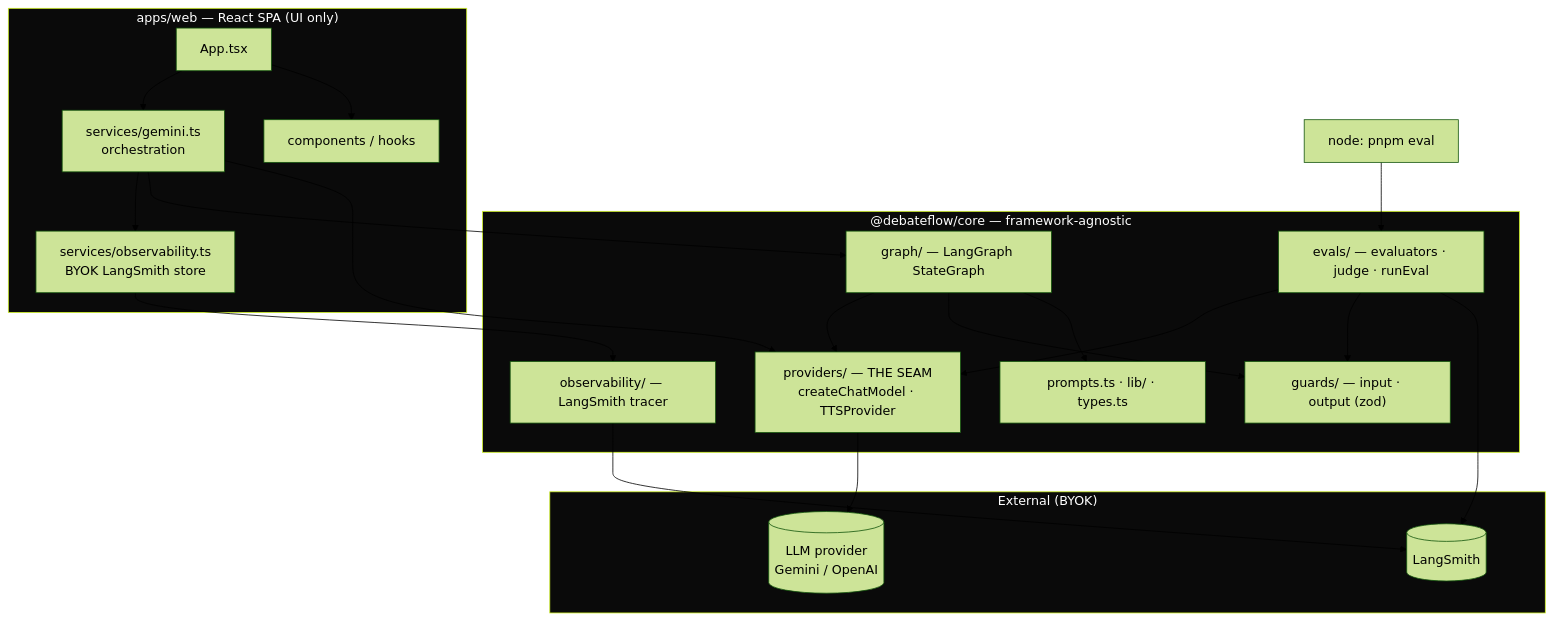
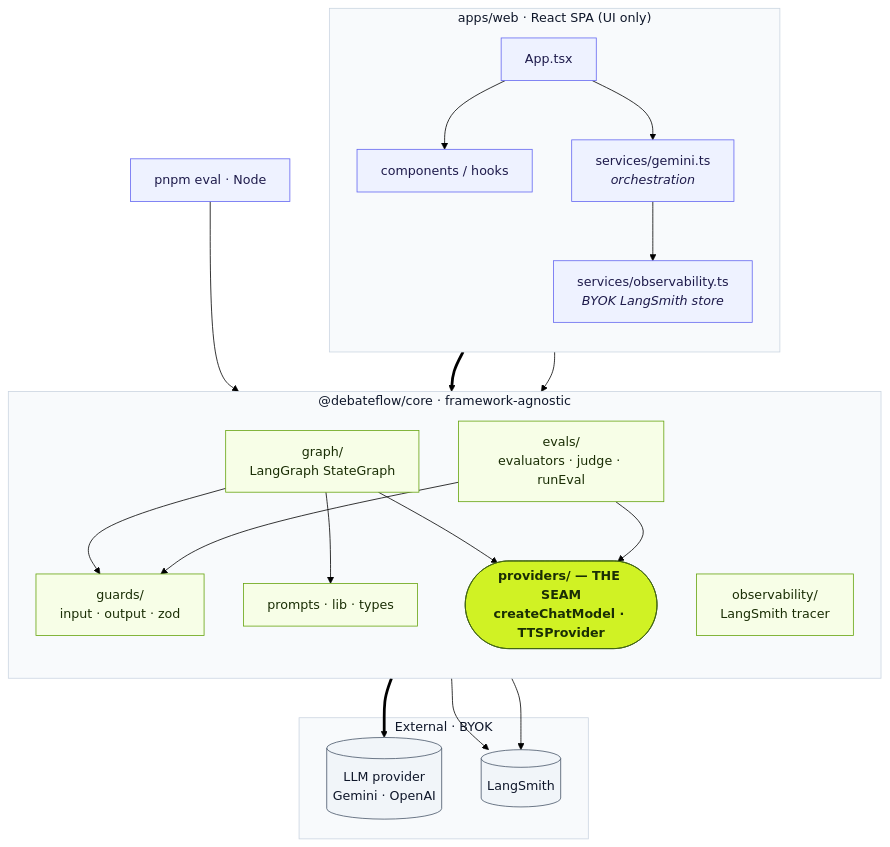
One commit to mhosseinab/debate-flow changed the first of 3 diagrams in README.md. Above: the diagram before and after it, drawn with Mermaid (forest theme). The commit also changed other lines of this file, not shown here.

First line of the commit message:
docs: Enhance README with detailed architecture and data flow diagrams

````diff
--- a/README.md
+++ b/README.md
@@ -23,42 +31,52 @@
 ```mermaid
 flowchart TB
-  subgraph web["apps/web — React SPA (UI only)"]
-    App[App.tsx]
-    Svc["services/gemini.ts<br/>orchestration"]
-    Obs["services/observability.ts<br/>BYOK LangSmith store"]
-    UI[components / hooks]
+  subgraph WEB["apps/web · React SPA (UI only)"]
+    direction TB
+    App["App.tsx"]
+    UI["components / hooks"]
+    Svc["services/gemini.ts<br/><i>orchestration</i>"]
+    Obs["services/observability.ts<br/><i>BYOK LangSmith store</i>"]
+    App --> UI
     App --> Svc
-    App --> UI
     Svc --> Obs
   end
 
-  subgraph core["@debateflow/core — framework-agnostic"]
-    Seam["providers/ — THE SEAM<br/>createChatModel · TTSProvider"]
-    Graph["graph/ — LangGraph StateGraph"]
-    Guards["guards/ — input · output (zod)"]
-    Prompts[prompts.ts · lib/ · types.ts]
-    Tracer["observability/ — LangSmith tracer"]
-    Evals["evals/ — evaluators · judge · runEval"]
-    Graph --> Seam
+  subgraph CORE["@debateflow/core · framework-agnostic"]
+    direction TB
+    Graph["graph/<br/>LangGraph StateGraph"]
+    Guards["guards/<br/>input · output · zod"]
+    Prompts["prompts · lib · types"]
+    Evals["evals/<br/>evaluators · judge · runEval"]
+    Tracer["observability/<br/>LangSmith tracer"]
+    Seam(["providers/ — THE SEAM<br/>createChatModel · TTSProvider"])
     Graph --> Guards
     Graph --> Prompts
+    Graph --> Seam
+    Evals --> Guards
     Evals --> Seam
-    Evals --> Guards
   end
 
-  subgraph ext["External (BYOK)"]
-    LLM[(LLM provider<br/>Gemini / OpenAI)]
-    LS[(LangSmith)]
+  subgraph EXT["External · BYOK"]
+    LLM[("LLM provider<br/>Gemini · OpenAI")]
+    LS[("LangSmith")]
   end
 
-  Svc --> Graph
-  Svc --> Seam
+  CLI["pnpm eval · Node"] --> Evals
+
+  Svc ==> Graph
   Obs --> Tracer
-  Seam --> LLM
   Tracer --> LS
-  EvalScript["node: pnpm eval"] --> Evals
+  Seam ==> LLM
   Evals --> LS
 
-  classDef pkg fill:#0a0a0a,stroke:#D0F224,color:#fff;
-  class web,core,ext pkg;
+  classDef layer fill:#f8fafc,stroke:#cbd5e1,color:#0f172a;
+  classDef webNode fill:#eef2ff,stroke:#6366f1,color:#1e1b4b;
+  classDef coreNode fill:#f7fee7,stroke:#65a30d,color:#1a2e05;
+  classDef seamNode fill:#D0F224,stroke:#3f6212,color:#1a2e05,font-weight:bold;
+  classDef extNode fill:#f1f5f9,stroke:#475569,color:#0f172a;
+  class WEB,CORE,EXT layer;
+  class App,UI,Svc,Obs,CLI webNode;
+  class Graph,Guards,Prompts,Evals,Tracer coreNode;
+  class Seam seamNode;
+  class LLM,LS extNode;
 ```
````
